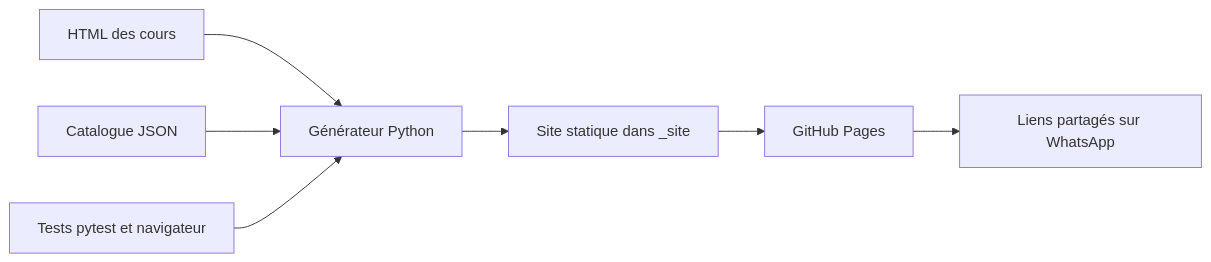
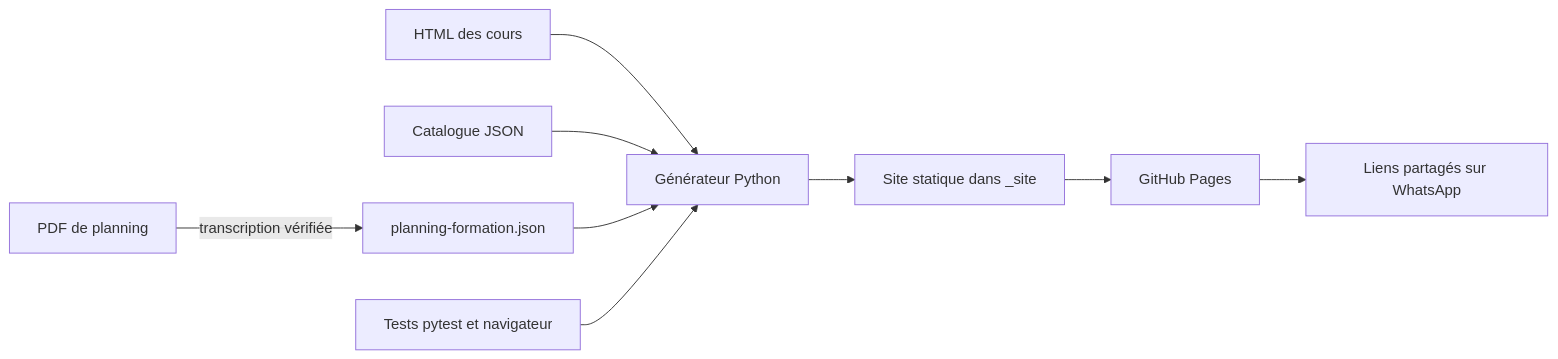
The diagram in docs/ARCHITECTURE.md (Pemcode/PolyWE), drawn with Mermaid before and after one commit. The commit also changed other lines of this file and 15 other files, not shown here.

````diff
--- a/docs/ARCHITECTURE.md
+++ b/docs/ARCHITECTURE.md
@@ -11,9 +11,11 @@
 ```mermaid
 flowchart LR
   A[HTML des cours] --> C[Générateur Python]
   B[Catalogue JSON] --> C
+  P[PDF de planning] -->|transcription vérifiée| J[planning-formation.json]
+  J --> C
   C --> D[Site statique dans _site]
   D --> E[GitHub Pages]
   E --> F[Liens partagés sur WhatsApp]
   T[Tests pytest et navigateur] --> C
 ```
````
